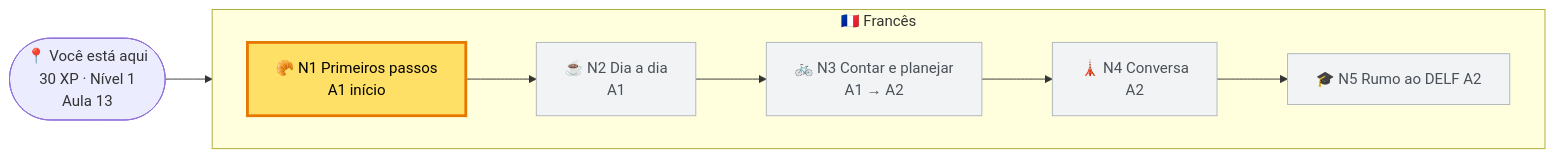
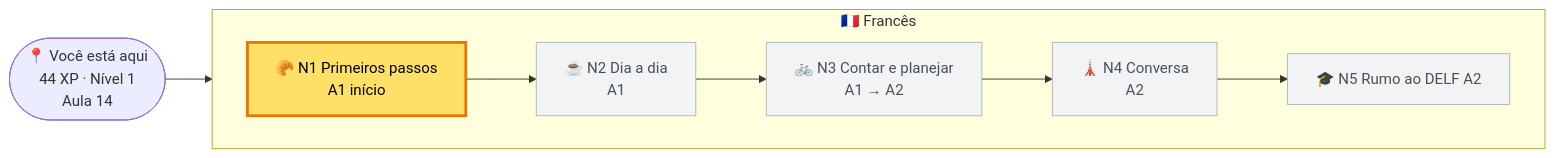
The first of 2 diagrams in README.md (tcandreetti/frances), drawn with Mermaid before and after one commit. The commit also changed other lines of this file and 7 other files, not shown here.

````diff
--- a/README.md
+++ b/README.md
@@ -27,16 +27,16 @@
 ```mermaid
 flowchart LR
-  EU(["📍 Você está aqui<br/>30 XP · Nível 1<br/>Aula 13"])
+  EU(["📍 Você está aqui<br/>44 XP · Nível 1<br/>Aula 14"])
 
   subgraph FR["🇫🇷 Francês"]
     direction LR
     N1["🥐 N1 Primeiros passos<br/>A1 início"] --> N2["☕ N2 Dia a dia<br/>A1"] --> N3["🚲 N3 Contar e planejar<br/>A1 → A2"] --> N4["🗼 N4 Conversa<br/>A2"] --> N5["🎓 N5 Rumo ao DELF A2"]
   end
 
   EU --> N1
 
   classDef atual fill:#ffe066,stroke:#e67700,stroke-width:3px,color:#000
   classDef futuro fill:#f1f3f5,stroke:#adb5bd,color:#495057
   class N1 atual
   class N2,N3,N4,N5 futuro
 ```
````
